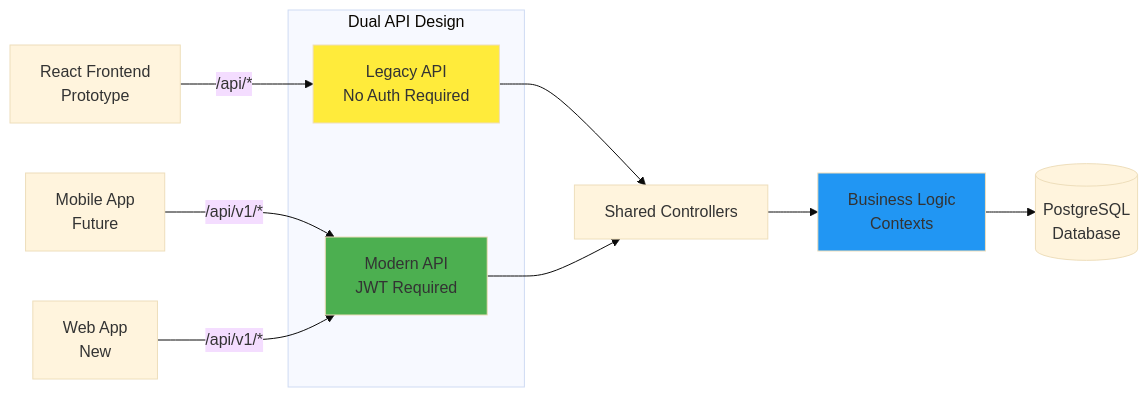
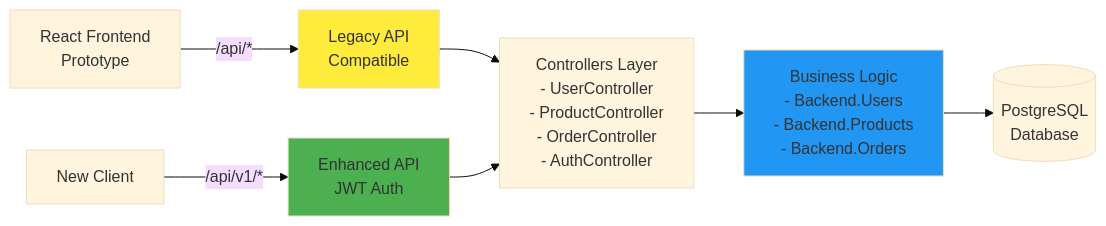
Before and after one commit to soniaood/backend-exercise: the first of 3 diagrams in backend/README.md, drawn with Mermaid (base theme). The commit also changed other lines of this file and 2 other files, not shown here.

````diff
--- a/backend/README.md
+++ b/backend/README.md
@@ -21,20 +31,14 @@
 ```mermaid
 graph LR
-    Frontend[React Frontend<br/>Prototype] -->|/api/*| Legacy[Legacy API<br/>No Auth Required]
-    Mobile[Mobile App<br/>Future] -->|/api/v1/*| Modern[Modern API<br/>JWT Required]
-    WebApp[Web App<br/>New] -->|/api/v1/*| Modern
+    Frontend[React Frontend<br/>Prototype] -->|/api/*| Legacy[Legacy API<br/>Compatible]
+    NewClient[New Client] -->|/api/v1/*| Enhanced[Enhanced API<br/>JWT Auth]
     
-    Legacy --> Controllers[Shared Controllers]
-    Modern --> Controllers
-    Controllers --> Contexts[Business Logic<br/>Contexts]
+    Legacy --> Controllers[Controllers Layer<br/>- UserController<br/>- ProductController<br/>- OrderController<br/>- AuthController]
+    Enhanced --> Controllers
+    Controllers --> Contexts[Business Logic<br/>- Backend.Users<br/>- Backend.Products<br/>- Backend.Orders]
     Contexts --> DB[(PostgreSQL<br/>Database)]
     
-    subgraph "Dual API Design"
-        Legacy
-        Modern
-    end
-    
     style Legacy fill:#ffeb3b
-    style Modern fill:#4caf50
+    style Enhanced fill:#4caf50
     style Contexts fill:#2196f3
 ```
````
